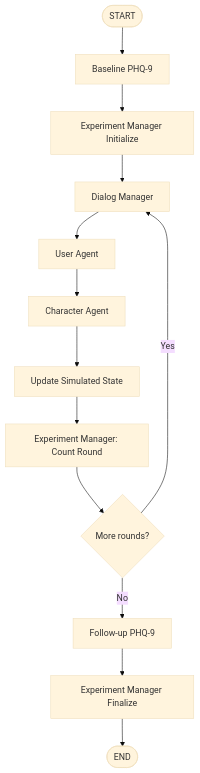
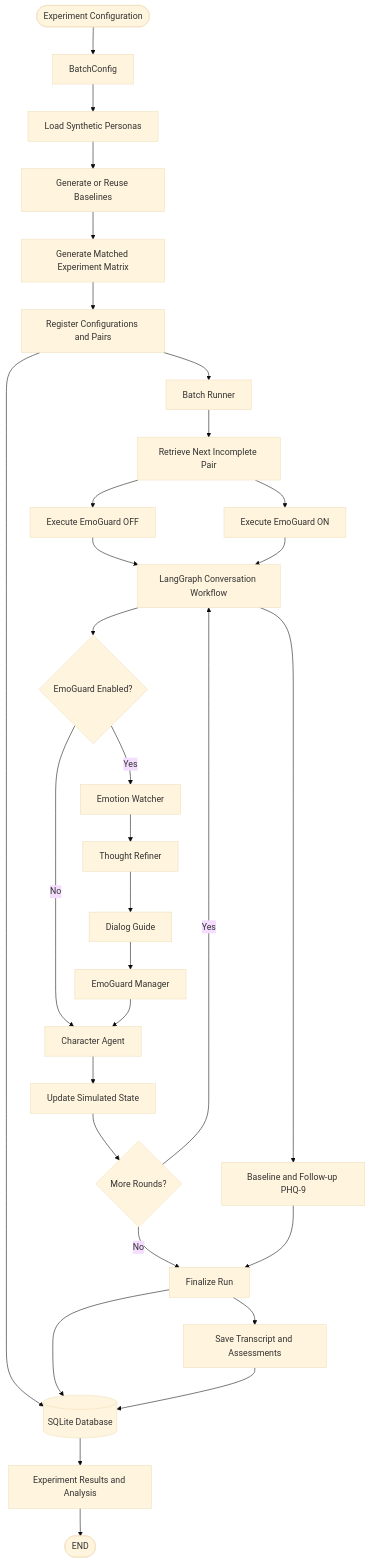
The first of 3 diagrams in README.md (ltd-ARYAN-pvt/EmoAgent-Lite), drawn with Mermaid (base theme) before and after one commit. The commit also changed other lines of this file and 1 other file, not shown here.

````diff
--- a/README.md
+++ b/README.md
@@ -163,15 +200,46 @@
 ```mermaid
 flowchart TD
-    S([START]) --> BA[Baseline PHQ-9]
-    BA --> MI[Experiment Manager Initialize]
-    MI --> DM[Dialog Manager]
-    DM --> U[User Agent]
-    U --> C[Character Agent]
-    C --> US[Update Simulated State]
-    US --> MT[Experiment Manager: Count Round]
-    MT --> D{More rounds?}
-    D -- Yes --> DM
-    D -- No --> FA[Follow-up PHQ-9]
-    FA --> MF[Experiment Manager Finalize]
-    MF --> E([END])
+    START([Experiment Configuration])
+
+    START --> CONFIG[BatchConfig]
+    CONFIG --> PERSONAS[Load Synthetic Personas]
+    PERSONAS --> BASELINE[Generate or Reuse Baselines]
+    BASELINE --> MATRIX[Generate Matched Experiment Matrix]
+
+    MATRIX --> REGISTER[Register Configurations and Pairs]
+    REGISTER --> DB[(SQLite Database)]
+
+    REGISTER --> RUNNER[Batch Runner]
+    RUNNER --> PAIR[Retrieve Next Incomplete Pair]
+
+    PAIR --> OFF[Execute EmoGuard OFF]
+    PAIR --> ON[Execute EmoGuard ON]
+
+    OFF --> GRAPH[LangGraph Conversation Workflow]
+    ON --> GRAPH
+
+    GRAPH --> ASSESS[Baseline and Follow-up PHQ-9]
+    GRAPH --> EG{EmoGuard Enabled?}
+
+    EG -->|No| CHARACTER[Character Agent]
+    EG -->|Yes| WATCHER[Emotion Watcher]
+    WATCHER --> REFINER[Thought Refiner]
+    REFINER --> GUIDE[Dialog Guide]
+    GUIDE --> MANAGER[EmoGuard Manager]
+    MANAGER --> CHARACTER
+
+    CHARACTER --> STATE[Update Simulated State]
+    STATE --> ROUND{More Rounds?}
+
+    ROUND -->|Yes| GRAPH
+    ROUND -->|No| FINAL[Finalize Run]
+
+    ASSESS --> FINAL
+
+    FINAL --> ARTIFACTS[Save Transcript and Assessments]
+    FINAL --> DB
+    ARTIFACTS --> DB
+
+    DB --> RESULTS[Experiment Results and Analysis]
+    RESULTS --> END([END])
 ```
````
